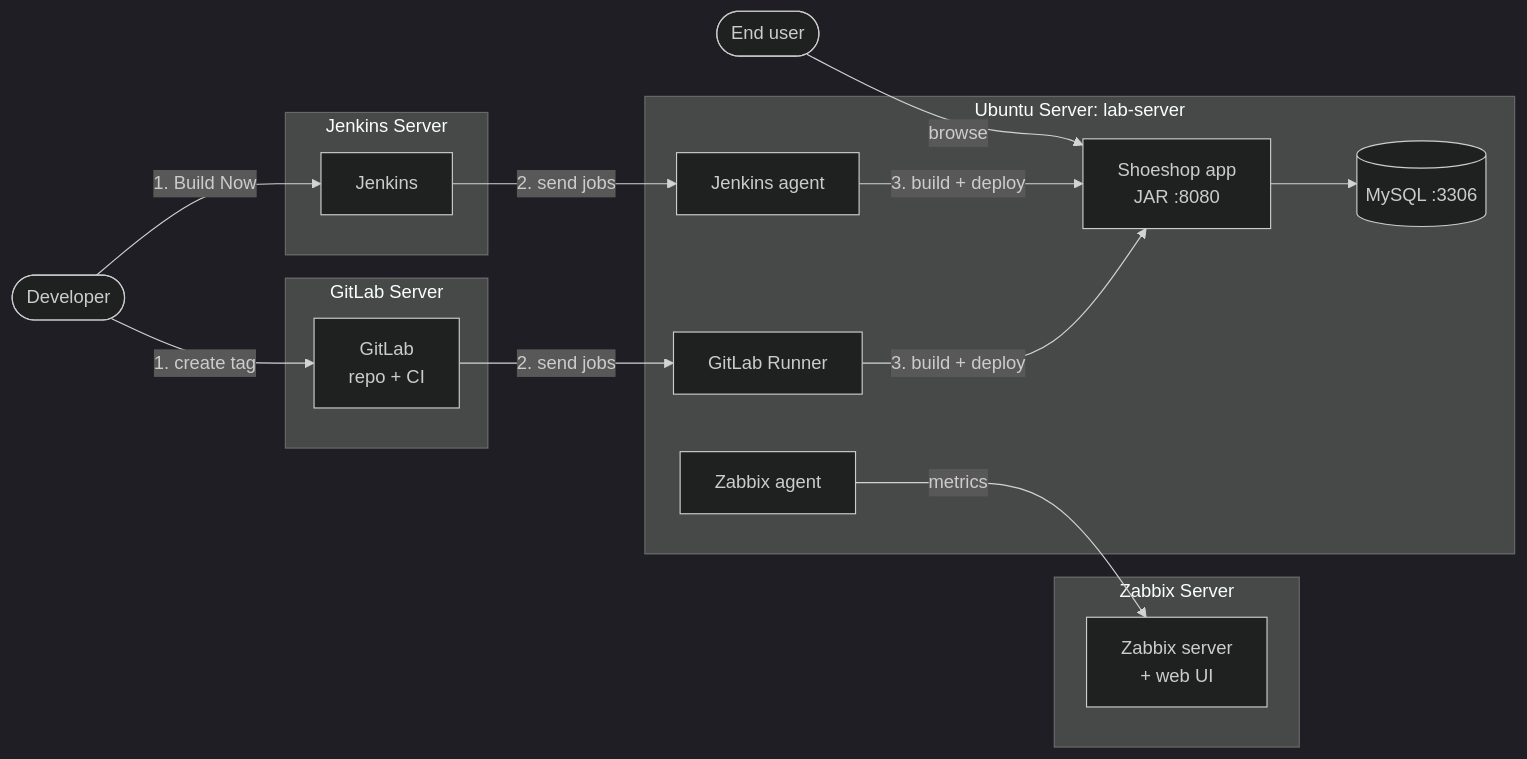
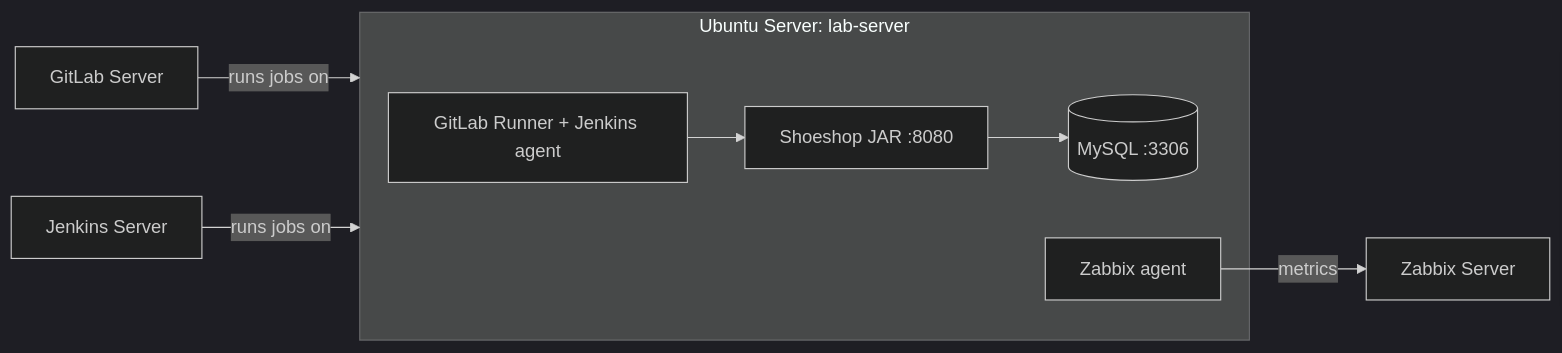
One commit to Bourbon18/shoeshop-devops changed the diagram in README.md. Above: the diagram before and after it, drawn with Mermaid (dark theme). The commit also changed other lines of this file, not shown here.

Commit message:
Restore the simpler infrastructure diagram

````diff
--- a/README.md
+++ b/README.md
@@ -12,32 +12,11 @@
 ```mermaid
 flowchart LR
-    DEV([Developer])
-    USER([End user])
-
-    subgraph GLS[GitLab Server]
-        GL[GitLab<br/>repo + CI]
+    GL[GitLab Server] -- runs jobs on --> LS
+    JK[Jenkins Server] -- runs jobs on --> LS
+    subgraph LS[Ubuntu Server: lab-server]
+        R[GitLab Runner + Jenkins agent] --> APP[Shoeshop JAR :8080]
+        APP --> DB[(MySQL :3306)]
+        AG[Zabbix agent]
     end
-    subgraph JKS[Jenkins Server]
-        JK[Jenkins]
-    end
-    subgraph ZBS[Zabbix Server]
-        ZB[Zabbix server<br/>+ web UI]
-    end
-    subgraph LS[Ubuntu Server: lab-server]
-        RUN[GitLab Runner]
-        AGT[Jenkins agent]
-        APP[Shoeshop app<br/>JAR :8080]
-        DB[(MySQL :3306)]
-        ZA[Zabbix agent]
-    end
-
-    DEV -- "1. create tag" --> GL
-    DEV -- "1. Build Now" --> JK
-    GL -- "2. send jobs" --> RUN
-    JK -- "2. send jobs" --> AGT
-    RUN -- "3. build + deploy" --> APP
-    AGT -- "3. build + deploy" --> APP
-    APP --> DB
-    ZA -- "metrics" --> ZB
-    USER -- "browse" --> APP
+    AG -- metrics --> ZB[Zabbix Server]
 ```
````
